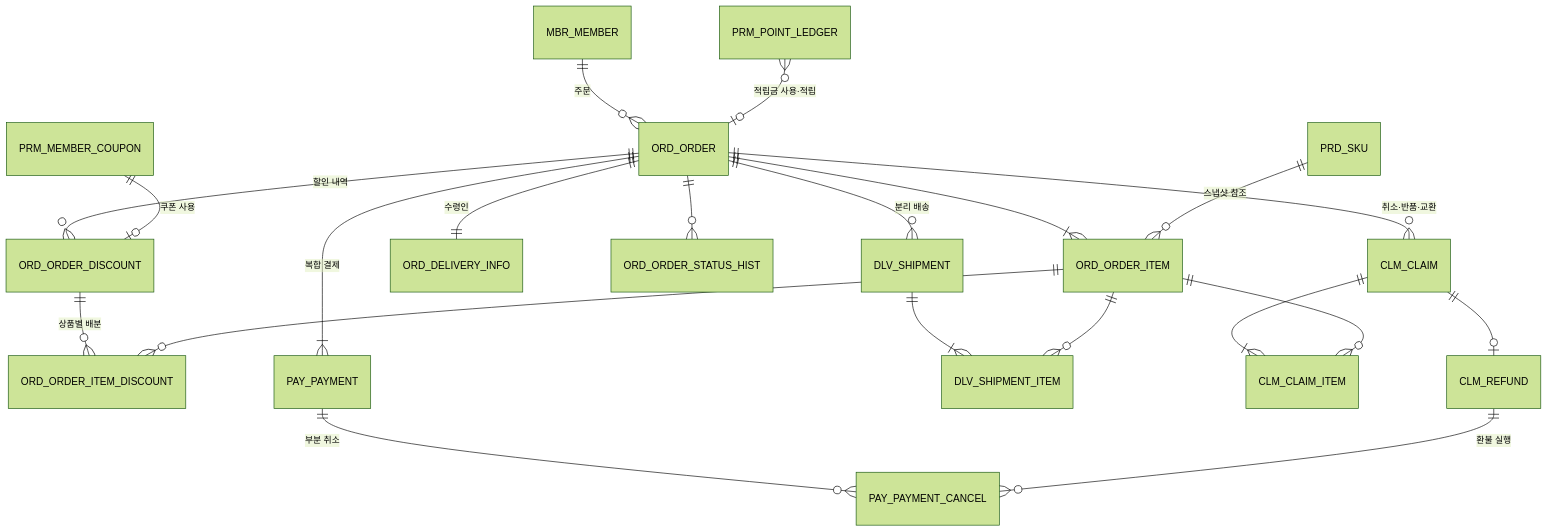
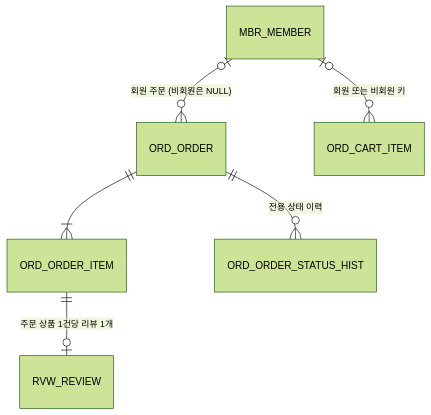
The third of 4 diagrams in docs/db/01_erd_overview.md (hotshin24/OnlineStorePortfolio2), drawn with Mermaid (forest theme) before and after one commit. The commit also changed other lines of this file and 25 other files, not shown here.

````diff
--- a/docs/db/01_erd_overview.md
+++ b/docs/db/01_erd_overview.md
@@ -84,23 +86,8 @@
 ```mermaid
 erDiagram
-    MBR_MEMBER ||--o{ ORD_ORDER : "주문"
+    MBR_MEMBER |o--o{ ORD_ORDER : "회원 주문 (비회원은 NULL)"
+    MBR_MEMBER |o--o{ ORD_CART_ITEM : "회원 또는 비회원 키"
     ORD_ORDER ||--|{ ORD_ORDER_ITEM : ""
-    PRD_SKU ||--o{ ORD_ORDER_ITEM : "스냅샷 참조"
-    ORD_ORDER ||--o{ ORD_ORDER_DISCOUNT : "할인 내역"
-    ORD_ORDER_DISCOUNT ||--o{ ORD_ORDER_ITEM_DISCOUNT : "상품별 배분"
-    ORD_ORDER_ITEM ||--o{ ORD_ORDER_ITEM_DISCOUNT : ""
-    ORD_ORDER ||--|| ORD_DELIVERY_INFO : "수령인"
-    ORD_ORDER ||--o{ ORD_ORDER_STATUS_HIST : ""
-    ORD_ORDER ||--|{ PAY_PAYMENT : "복합 결제"
-    PAY_PAYMENT ||--o{ PAY_PAYMENT_CANCEL : "부분 취소"
-    ORD_ORDER ||--o{ DLV_SHIPMENT : "분리 배송"
-    DLV_SHIPMENT ||--|{ DLV_SHIPMENT_ITEM : ""
-    ORD_ORDER_ITEM ||--o{ DLV_SHIPMENT_ITEM : ""
-    ORD_ORDER ||--o{ CLM_CLAIM : "취소·반품·교환"
-    CLM_CLAIM ||--|{ CLM_CLAIM_ITEM : ""
-    ORD_ORDER_ITEM ||--o{ CLM_CLAIM_ITEM : ""
-    CLM_CLAIM ||--o| CLM_REFUND : ""
-    CLM_REFUND ||--o{ PAY_PAYMENT_CANCEL : "환불 실행"
-    PRM_MEMBER_COUPON ||--o| ORD_ORDER_DISCOUNT : "쿠폰 사용"
-    PRM_POINT_LEDGER }o--o| ORD_ORDER : "적립금 사용·적립"
+    ORD_ORDER ||--o{ ORD_ORDER_STATUS_HIST : "전용 상태 이력"
+    ORD_ORDER_ITEM ||--o| RVW_REVIEW : "주문 상품 1건당 리뷰 1개"
 ```
````
